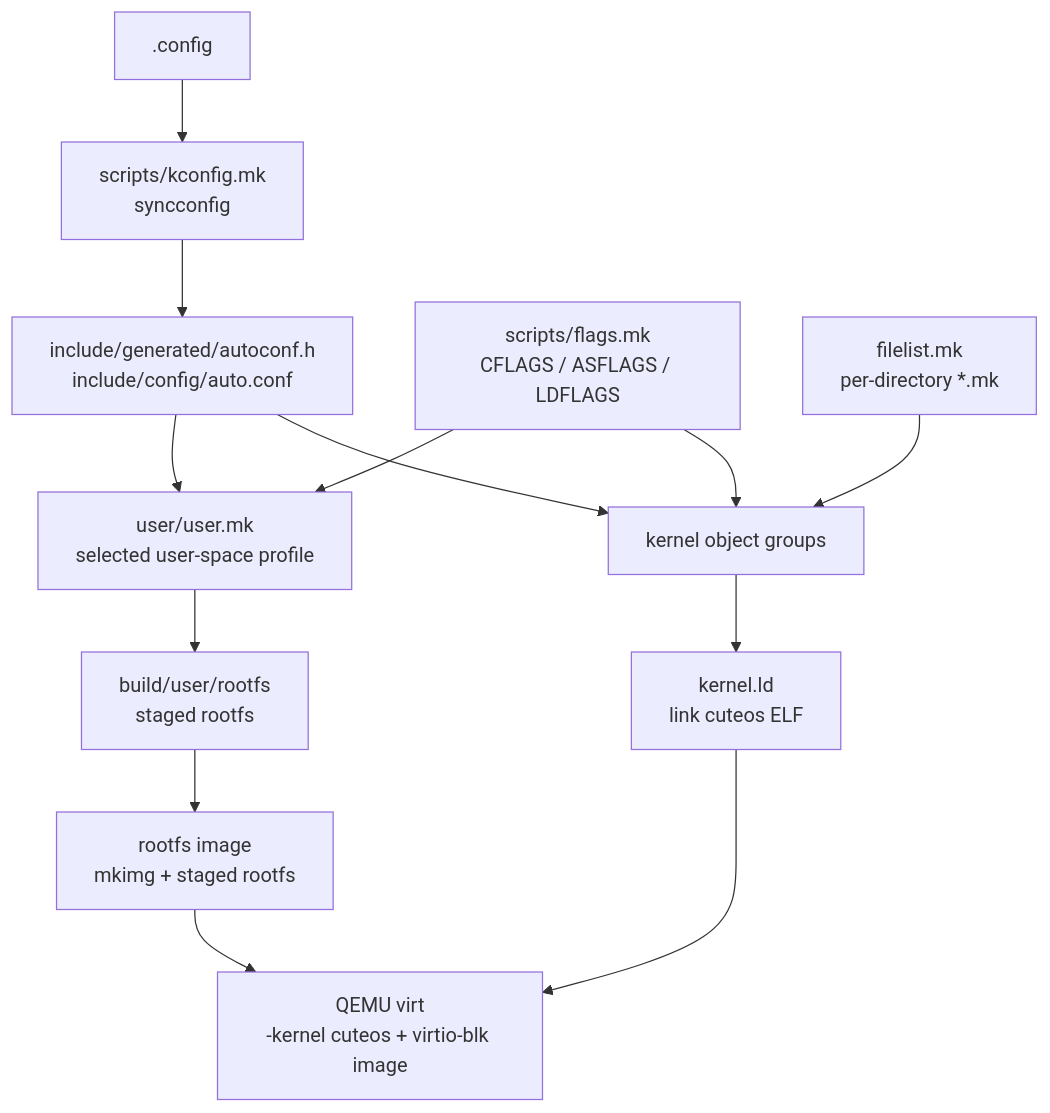
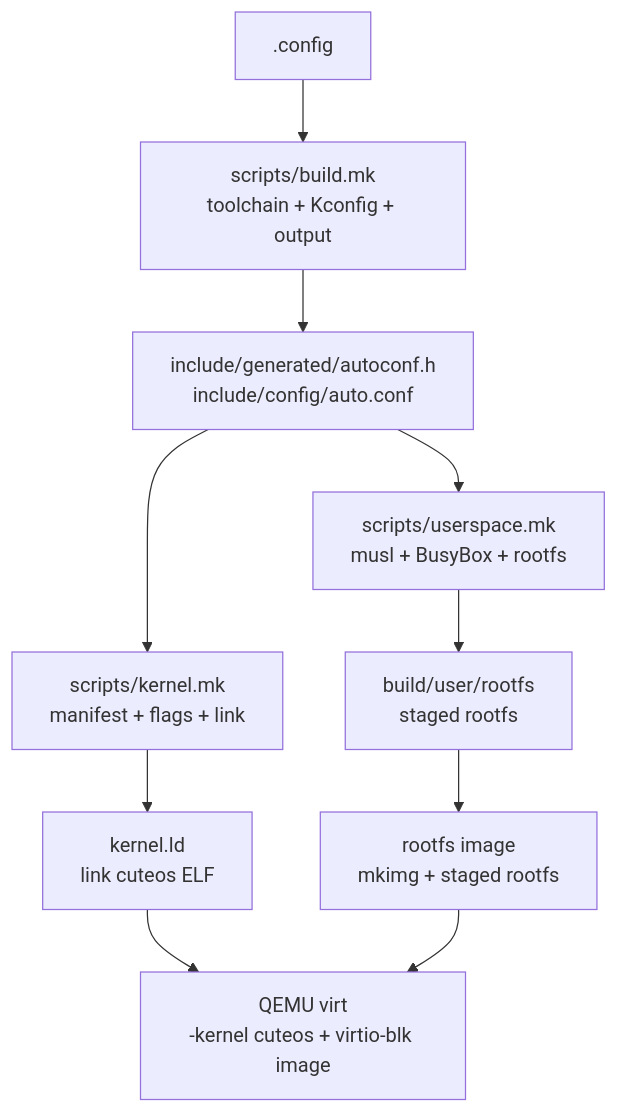
Before and after one commit to pillow-zx/CuteOS: the first of 2 diagrams in docs/architecture/compile.md, drawn with Mermaid. The commit also changed other lines of this file and 151 other files, not shown here.

````diff
--- a/docs/architecture/compile.md
+++ b/docs/architecture/compile.md
@@ -9,24 +9,20 @@
 ```mermaid
 flowchart TD
     Config[".config"]
-    Kconfig["scripts/kconfig.mk<br/>syncconfig"]
+    Build["scripts/build.mk<br/>toolchain + Kconfig + output"]
     Auto["include/generated/autoconf.h<br/>include/config/auto.conf"]
-    Flags["scripts/flags.mk<br/>CFLAGS / ASFLAGS / LDFLAGS"]
-    Lists["filelist.mk<br/>per-directory *.mk"]
-    KernelObjs["kernel object groups"]
-    UserObjs["user/user.mk<br/>selected user-space profile"]
+    Kernel["scripts/kernel.mk<br/>manifest + flags + link"]
+    User["scripts/userspace.mk<br/>musl + BusyBox + rootfs"]
     Rootfs["build/user/rootfs<br/>staged rootfs"]
     Link["kernel.ld<br/>link cuteos ELF"]
     Image["rootfs image<br/>mkimg + staged rootfs"]
     Qemu["QEMU virt<br/>-kernel cuteos + virtio-blk image"]
 
-    Config --> Kconfig --> Auto
-    Auto --> KernelObjs
-    Auto --> UserObjs
-    Flags --> KernelObjs
-    Flags --> UserObjs
-    Lists --> KernelObjs --> Link
-    UserObjs --> Rootfs --> Image
+    Config --> Build --> Auto
+    Auto --> Kernel
+    Auto --> User
+    Kernel --> Link
+    User --> Rootfs --> Image
     Link --> Qemu
     Image --> Qemu
 ```
````
